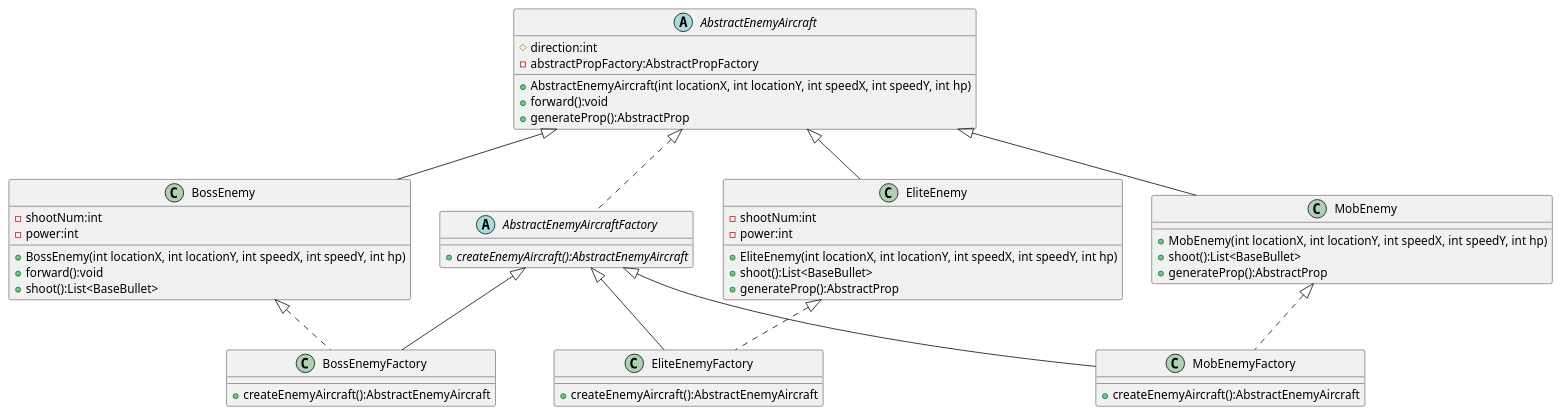
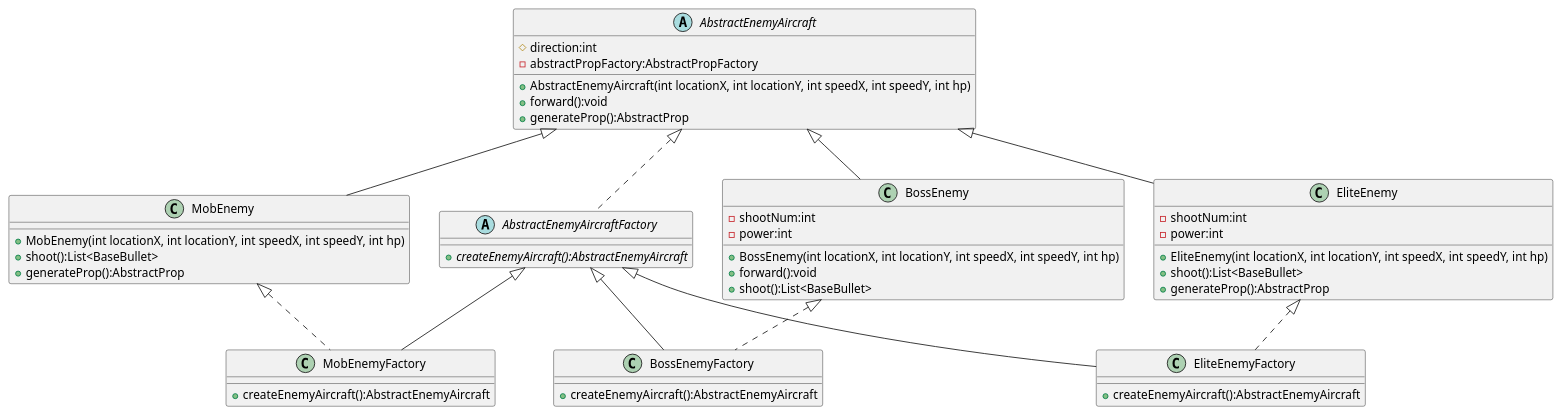
The diagram in uml/EnemyFactory.puml (2020lwh567/AircraftWar), drawn with PlantUML before and after one commit. The commit also changed 17 other files, not shown here.

```diff
--- a/uml/EnemyFactory.puml
+++ b/uml/EnemyFactory.puml
@@ -1,65 +1,67 @@
 @startuml
 'https://plantuml.com/class-diagram
 
  abstract class AbstractEnemyAircraft
  {
     # direction:int
     - abstractPropFactory:AbstractPropFactory
     + AbstractEnemyAircraft(int locationX, int locationY, int speedX, int speedY, int hp)
     + forward():void
     + generateProp():AbstractProp
  }
 
 abstract class AbstractEnemyAircraftFactory
 {
     + {abstract} createEnemyAircraft():AbstractEnemyAircraft
 }
 
+AbstractEnemyAircraft <|.. AbstractEnemyAircraftFactory
+MobEnemy <|.. MobEnemyFactory
+BossEnemy <|.. BossEnemyFactory
+EliteEnemy <|.. EliteEnemyFactory
+
 AbstractEnemyAircraft <|-- MobEnemy
 AbstractEnemyAircraft <|-- BossEnemy
 AbstractEnemyAircraft <|-- EliteEnemy
 
 AbstractEnemyAircraftFactory <|-- BossEnemyFactory
 AbstractEnemyAircraftFactory <|-- EliteEnemyFactory
 AbstractEnemyAircraftFactory <|-- MobEnemyFactory
 
-AbstractEnemyAircraft <|.. AbstractEnemyAircraftFactory
-MobEnemy <|.. MobEnemyFactory
-BossEnemy <|.. BossEnemyFactory
-EliteEnemy <|.. EliteEnemyFactory
+
 
 class BossEnemy {
     - shootNum:int
     - power:int
     + BossEnemy(int locationX, int locationY, int speedX, int speedY, int hp)
     + forward():void
     + shoot():List<BaseBullet>
 }
 
 class EliteEnemy {
     - shootNum:int
     - power:int
     + EliteEnemy(int locationX, int locationY, int speedX, int speedY, int hp)
     + shoot():List<BaseBullet>
     + generateProp():AbstractProp
 }
 
 class MobEnemy {
     + MobEnemy(int locationX, int locationY, int speedX, int speedY, int hp)
     + shoot():List<BaseBullet>
     + generateProp():AbstractProp
 }
 
 class BossEnemyFactory {
     + createEnemyAircraft():AbstractEnemyAircraft
 }
 
 class EliteEnemyFactory {
     + createEnemyAircraft():AbstractEnemyAircraft
 }
 
 class MobEnemyFactory {
     + createEnemyAircraft():AbstractEnemyAircraft
 }
 
 @enduml
```
